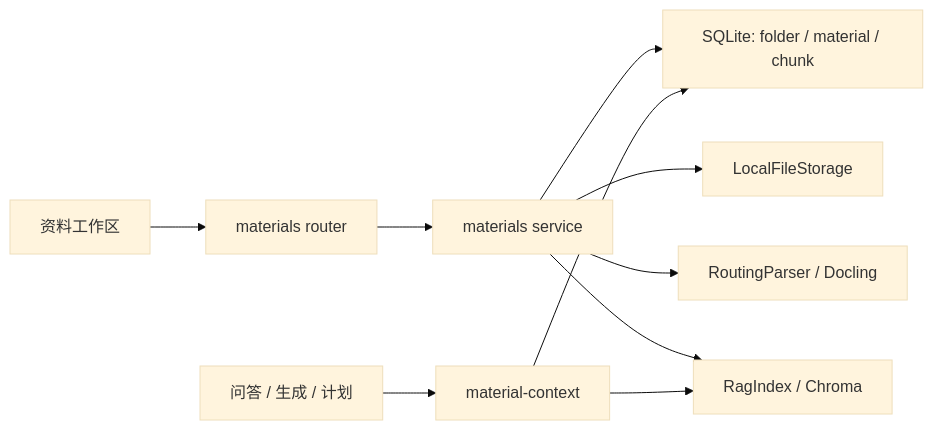
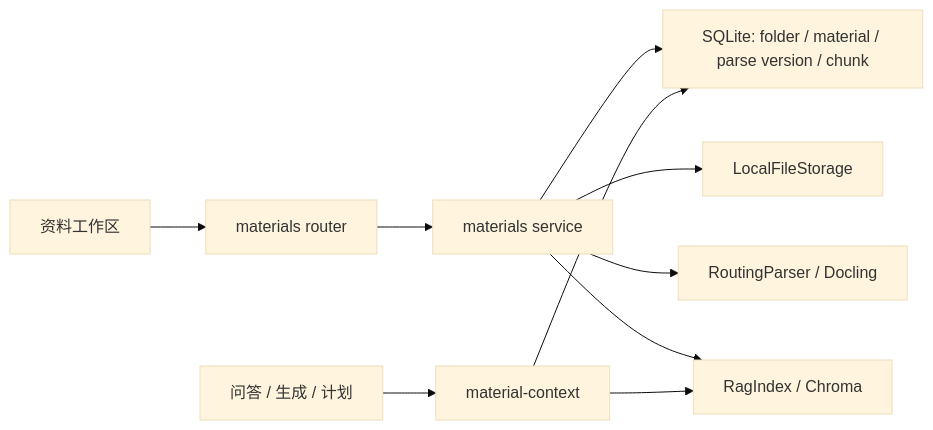
The diagram in docs/domains/materials/index.md (cyruan815/CourseNexus), drawn with Mermaid (base theme) before and after one commit. The commit also changed other lines of this file, not shown here.

````diff
--- a/docs/domains/materials/index.md
+++ b/docs/domains/materials/index.md
@@ -28,12 +28,12 @@
 ```mermaid
 flowchart LR
     FE["资料工作区"] --> API["materials router"]
     API --> SVC["materials service"]
-    SVC --> DB["SQLite: folder / material / chunk"]
+    SVC --> DB["SQLite: folder / material / parse version / chunk"]
     SVC --> FS["LocalFileStorage"]
     SVC --> PARSER["RoutingParser / Docling"]
     SVC --> RAG["RagIndex / Chroma"]
     QA["问答 / 生成 / 计划"] --> CTX["material-context"]
     CTX --> DB
     CTX --> RAG
 ```
````
